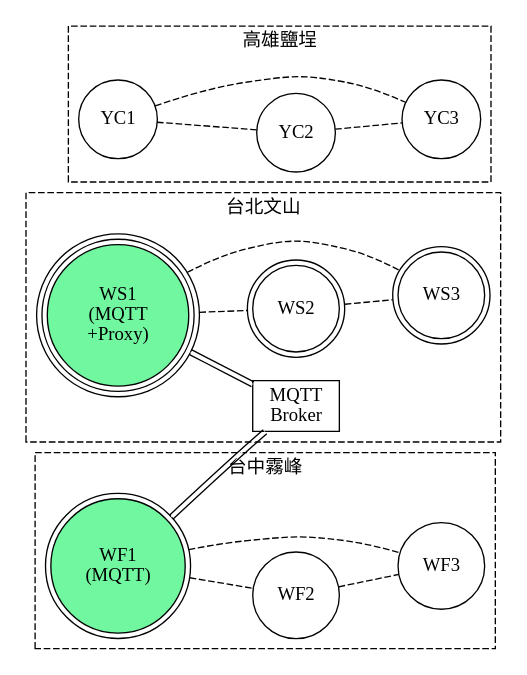
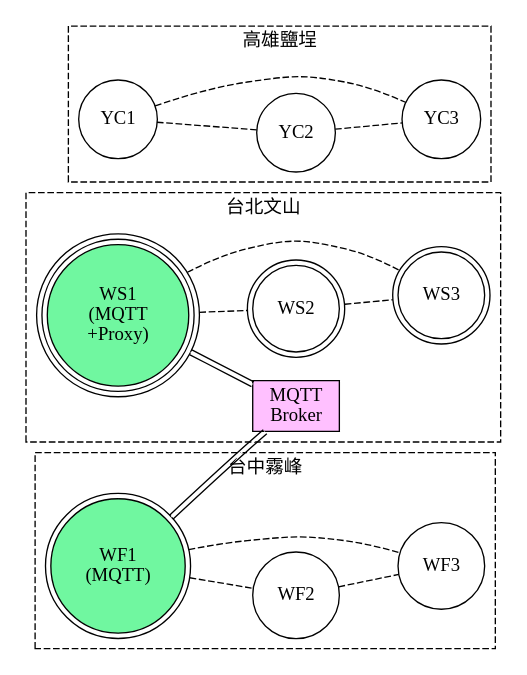
Before and after one commit to ckhung/ckhung.github.io: the diagram in a/m/25/meshtastic/mqtt.dot, drawn with Graphviz. The commit also changed 2 other files, not shown here.

Commit message:
mqtt.svg => mqtt.png

```diff
--- a/a/m/25/meshtastic/mqtt.dot
+++ b/a/m/25/meshtastic/mqtt.dot
@@ -1,37 +1,37 @@
 graph meshtastic_network {
     rankdir=LR;
     node [shape=circle];
     edge [style=dashed];
 
-    Broker [shape=box, label="MQTT\nBroker"];
+    Broker [shape=box; label="MQTT\nBroker"; style=filled, fillcolor="#ffc0ff"];
 
     subgraph cluster_group1 {
         label = "台北文山";
         style=dashed;
 	WS1 [label="WS1\n(MQTT\n+Proxy)"; peripheries=3; style=filled, fillcolor="#70f7a0"];
 	WS2, WS3 [peripheries=2];
 	WS1 -- WS2 
 	WS1 -- WS3 
 	WS2 -- WS3 
 	WS1 -- Broker [style=solid; color="black:white:black"];
     }
 
     subgraph cluster_group2 {
         label = "台中霧峰";
         style=dashed;
 	WF1 [label="WF1\n(MQTT)"; peripheries=2; style=filled, fillcolor="#70f7a0"];
 	WF1 -- WF2 
 	WF1 -- WF3 
 	WF2 -- WF3 
 	WF1 -- Broker [style=solid; color="black:white:black"];
     }
 
     subgraph cluster_group3 {
         label = "高雄鹽埕";
         style=dashed;
 	rank=max;
 	YC1 -- YC2 
 	YC1 -- YC3 
 	YC2 -- YC3 
     }
 }
```
